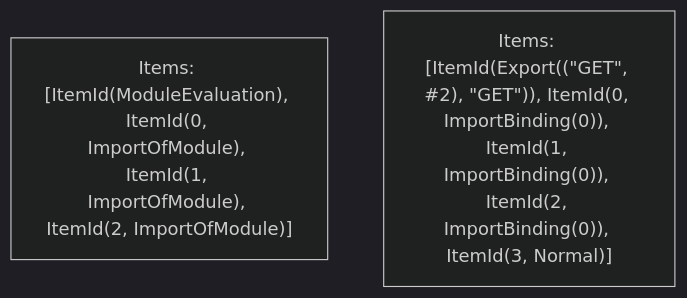
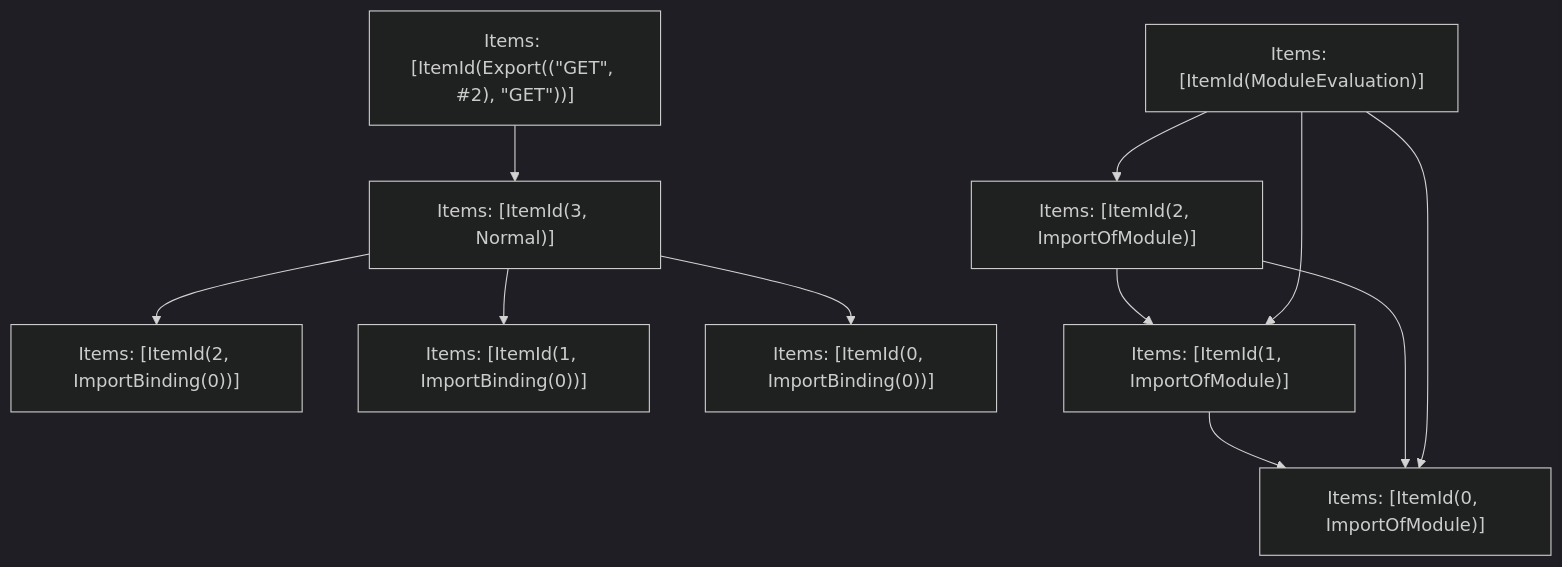
One commit to vercel/turborepo changed the fifth of 5 diagrams in crates/turbopack-ecmascript/tests/tree-shaker/analyzer/typeof-1/output.md. Above: the diagram before and after it, drawn with Mermaid (dark theme). The commit also changed other lines of this file and 72 other files, not shown here.

````diff
--- a/crates/turbopack-ecmascript/tests/tree-shaker/analyzer/typeof-1/output.md
+++ b/crates/turbopack-ecmascript/tests/tree-shaker/analyzer/typeof-1/output.md
@@ -168,5 +168,22 @@
 ```mermaid
 graph TD
-    N0["Items: [ItemId(ModuleEvaluation), ItemId(0, ImportOfModule), ItemId(1, ImportOfModule), ItemId(2, ImportOfModule)]"];
-    N1["Items: [ItemId(Export((&quot;GET&quot;, #2), &quot;GET&quot;)), ItemId(0, ImportBinding(0)), ItemId(1, ImportBinding(0)), ItemId(2, ImportBinding(0)), ItemId(3, Normal)]"];
+    N0["Items: [ItemId(2, ImportBinding(0))]"];
+    N1["Items: [ItemId(1, ImportBinding(0))]"];
+    N2["Items: [ItemId(0, ImportBinding(0))]"];
+    N3["Items: [ItemId(3, Normal)]"];
+    N4["Items: [ItemId(Export((&quot;GET&quot;, #2), &quot;GET&quot;))]"];
+    N5["Items: [ItemId(0, ImportOfModule)]"];
+    N6["Items: [ItemId(1, ImportOfModule)]"];
+    N7["Items: [ItemId(2, ImportOfModule)]"];
+    N8["Items: [ItemId(ModuleEvaluation)]"];
+    N6 --> N5;
+    N7 --> N5;
+    N7 --> N6;
+    N4 --> N3;
+    N3 --> N2;
+    N3 --> N1;
+    N3 --> N0;
+    N8 --> N5;
+    N8 --> N6;
+    N8 --> N7;
 ```
````
